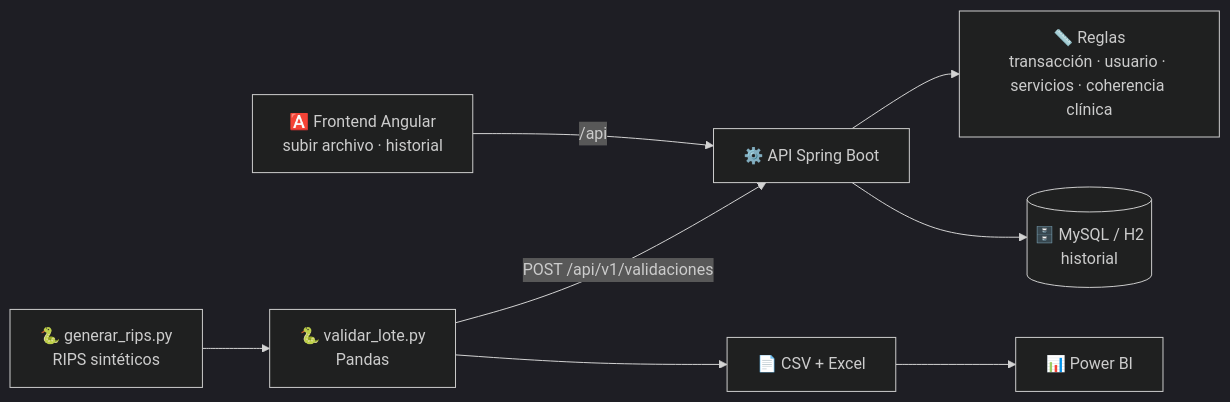
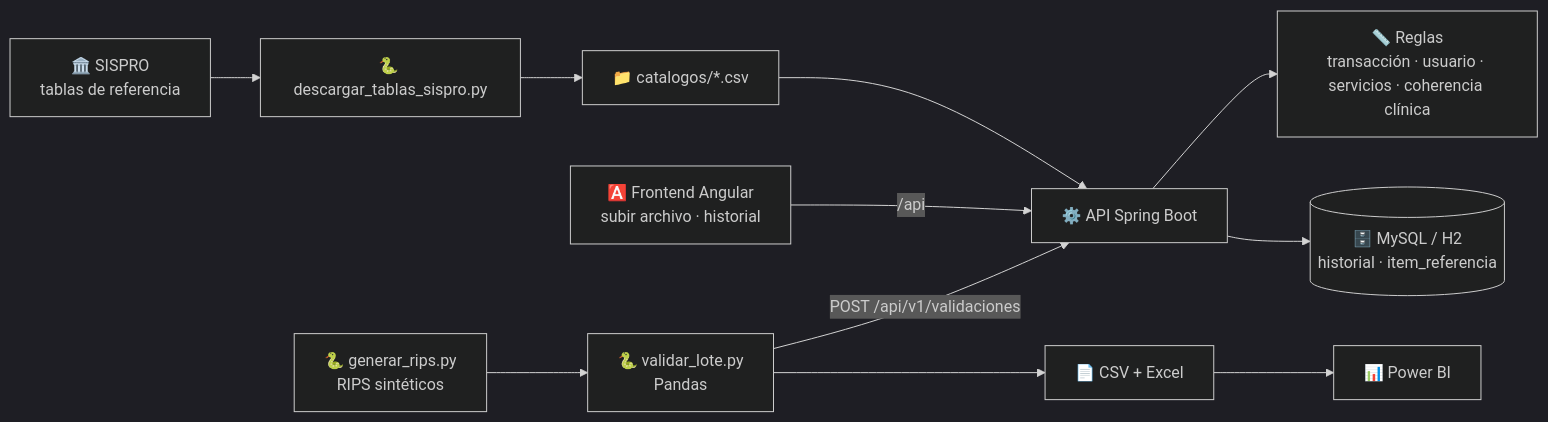
One commit to zseuz/rips-validator changed the diagram in README.md. Above: the diagram before and after it, drawn with Mermaid (dark theme). The commit also changed other lines of this file and 48 other files, not shown here.

Commit message:
Validar contra las tablas de referencia oficiales de SISPRO (CIE-10, CUPS, municipios y 13 más)

````diff
--- a/README.md
+++ b/README.md
@@ -45,9 +69,10 @@
 ```mermaid
 flowchart LR
+    S["🏛️ SISPRO<br/>tablas de referencia"] --> T["🐍 descargar_tablas_sispro.py"] --> C["📁 catalogos/*.csv"] --> A
     W["🅰️ Frontend Angular<br/>subir archivo · historial"] -- "/api" --> A
     G["🐍 generar_rips.py<br/>RIPS sintéticos"] --> L["🐍 validar_lote.py<br/>Pandas"]
     L -- "POST /api/v1/validaciones" --> A["⚙️ API Spring Boot"]
     A --> R["📏 Reglas<br/>transacción · usuario · servicios · coherencia clínica"]
-    A --> D[("🗄️ MySQL / H2<br/>historial")]
+    A --> D[("🗄️ MySQL / H2<br/>historial · item_referencia")]
     L --> X["📄 CSV + Excel"] --> P["📊 Power BI"]
 ```
````
